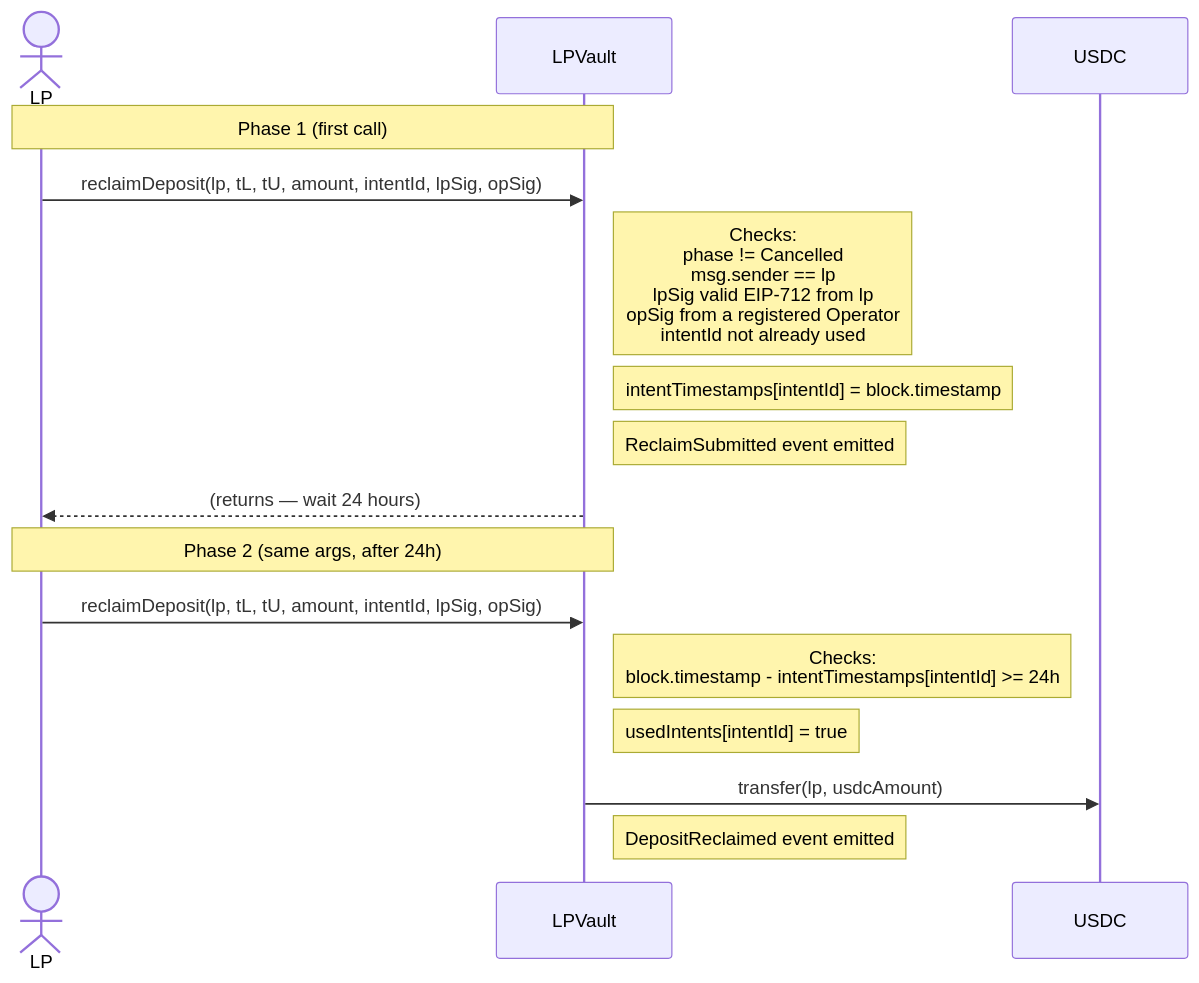
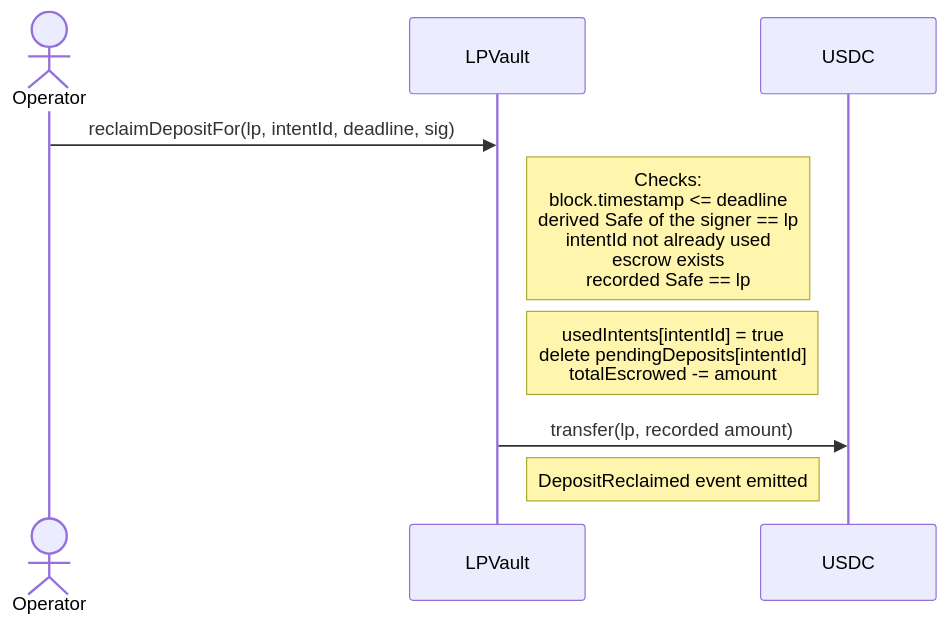
Before and after one commit to ProphetMarket/lp-vaults: diagram 14 of 28 in REFERENCE.md, drawn with Mermaid. The commit also changed other lines of this file and 4 other files, not shown here.

First line of the commit message:
chore (vault): Document the escrow and update the plan for R5

````diff
--- a/REFERENCE.md
+++ b/REFERENCE.md
@@ -569,20 +682,12 @@
 ```mermaid
 sequenceDiagram
-    actor LP
+    actor Operator
     participant Vault as LPVault
     participant USDC
 
-    Note over LP,Vault: Phase 1 (first call)
-    LP->>Vault: reclaimDeposit(lp, tL, tU, amount, intentId, lpSig, opSig)
-    Note right of Vault: Checks:<br/>phase != Cancelled<br/>msg.sender == lp<br/>lpSig valid EIP-712 from lp<br/>opSig from a registered Operator<br/>intentId not already used
-    Note right of Vault: intentTimestamps[intentId] = block.timestamp
-    Note right of Vault: ReclaimSubmitted event emitted
-    Vault-->>LP: (returns — wait 24 hours)
-
-    Note over LP,Vault: Phase 2 (same args, after 24h)
-    LP->>Vault: reclaimDeposit(lp, tL, tU, amount, intentId, lpSig, opSig)
-    Note right of Vault: Checks:<br/>block.timestamp - intentTimestamps[intentId] >= 24h
-    Note right of Vault: usedIntents[intentId] = true
-    Vault->>USDC: transfer(lp, usdcAmount)
+    Operator->>Vault: reclaimDepositFor(lp, intentId, deadline, sig)
+    Note right of Vault: Checks:<br/>block.timestamp <= deadline<br/>derived Safe of the signer == lp<br/>intentId not already used<br/>escrow exists<br/>recorded Safe == lp
+    Note right of Vault: usedIntents[intentId] = true<br/>delete pendingDeposits[intentId]<br/>totalEscrowed -= amount
+    Vault->>USDC: transfer(lp, recorded amount)
     Note right of Vault: DepositReclaimed event emitted
 ```
````
